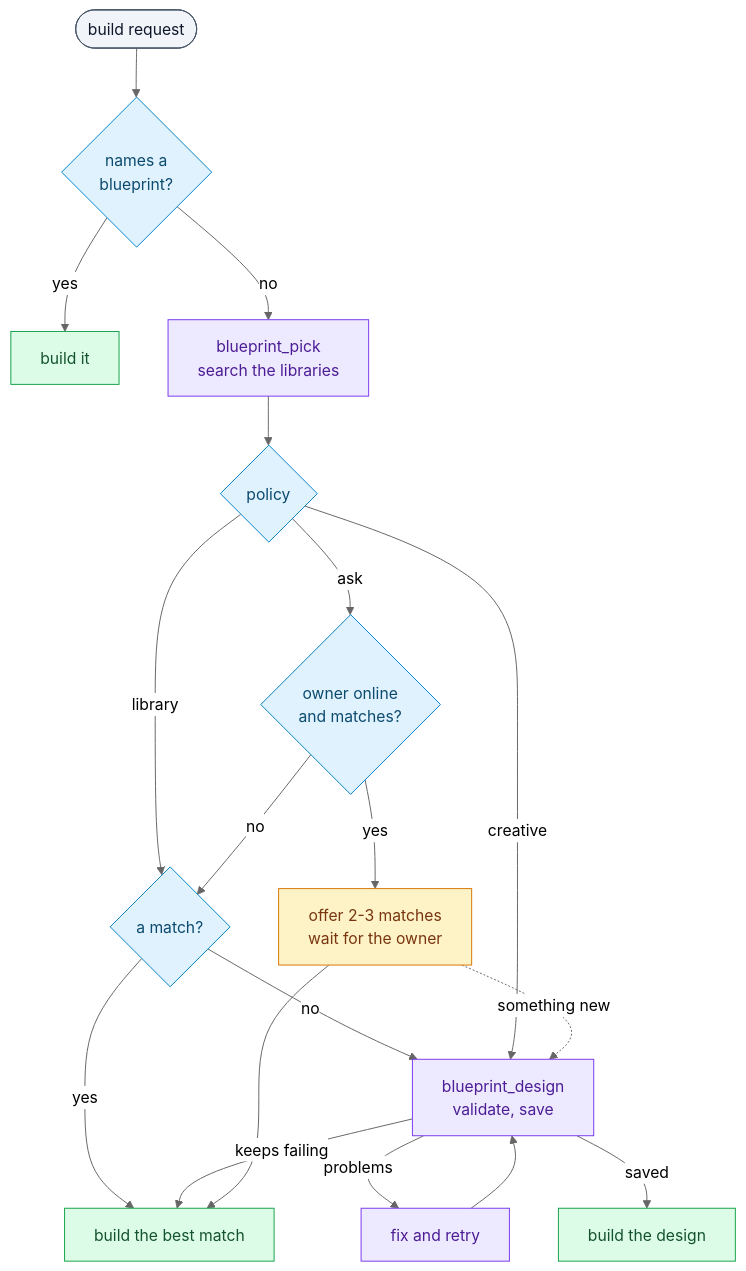
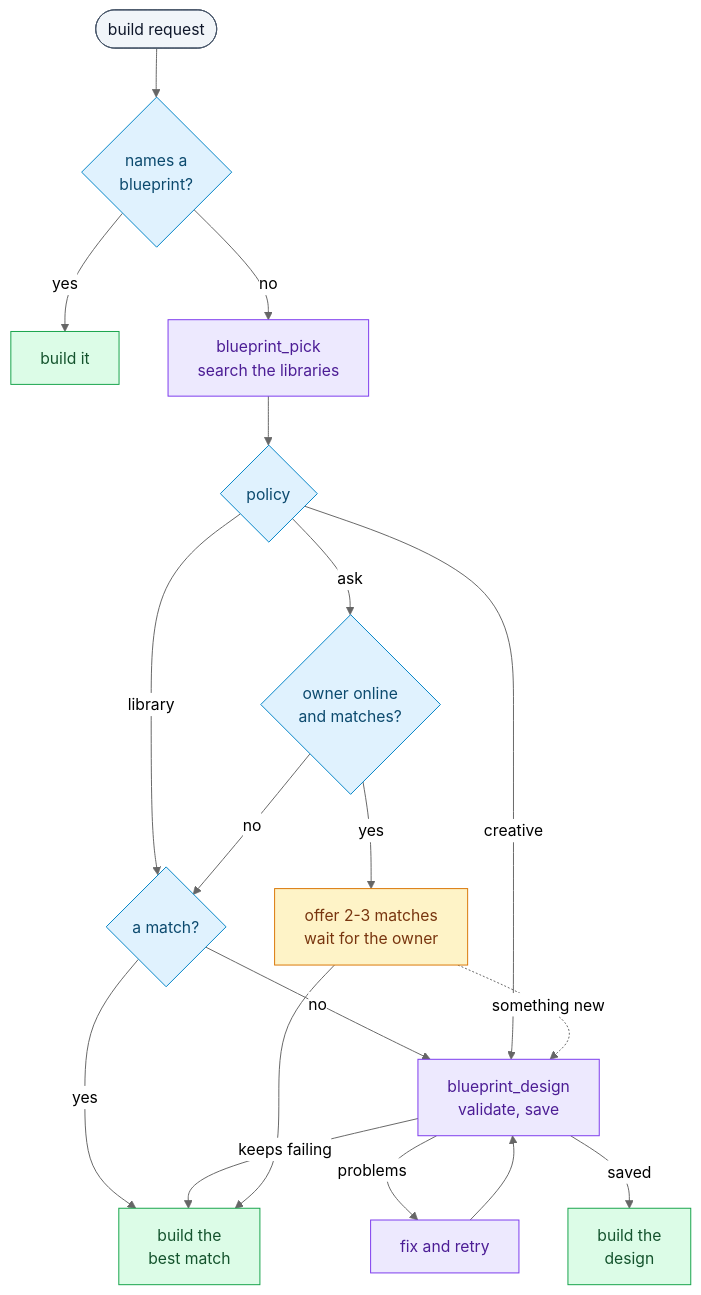
The diagram in docs/guide/blueprints.md (thereisnotime/golemkit), drawn with Mermaid (neutral theme) before and after one commit. The commit also changed 20 other files, not shown here.

First line of the commit message:
Docs: replace the last ASCII diagrams with mermaid, make wide charts top-down to fit the column

````diff
--- a/docs/guide/blueprints.md
+++ b/docs/guide/blueprints.md
@@ -282,30 +282,30 @@
 ```mermaid
 flowchart TB
   R(["build request"]) --> N{"names a<br/>blueprint?"}
   N -->|yes| B["build it"]
   N -->|no| P["blueprint_pick<br/>search the libraries"]
   P --> M{"policy"}
   M -->|library| L{"a match?"}
-  L -->|yes| B2["build the best match"]
+  L -->|yes| B2["build the<br/>best match"]
   L -->|no| D["blueprint_design<br/>validate, save"]
   M -->|creative| D
   D -->|problems| F["fix and retry"] --> D
   D -->|keeps failing| B2
-  D -->|saved| B3["build the design"]
+  D -->|saved| B3["build the<br/>design"]
   M -->|ask| O{"owner online<br/>and matches?"}
   O -->|yes| A["offer 2-3 matches<br/>wait for the owner"]
   O -->|no| L
   A --> B2
   A -.->|"something new"| D
 
   classDef cmd fill:#f1f5f9,stroke:#475569,color:#0f172a
   classDef prof fill:#dcfce7,stroke:#16a34a,color:#14532d
   classDef vari fill:#e0f2fe,stroke:#0284c7,color:#0c4a6e
   classDef inst fill:#ede9fe,stroke:#7c3aed,color:#4c1d95
   classDef ask fill:#fef3c7,stroke:#d97706,color:#78350f
   class R cmd
   class N,M,L,O vari
   class P,D,F inst
   class B,B2,B3 prof
   class A ask
 ```
````
